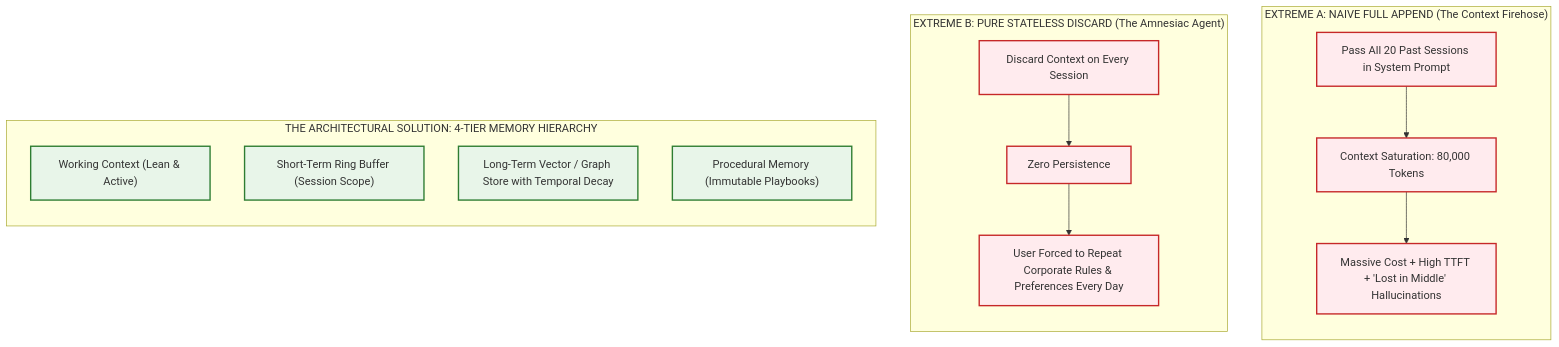
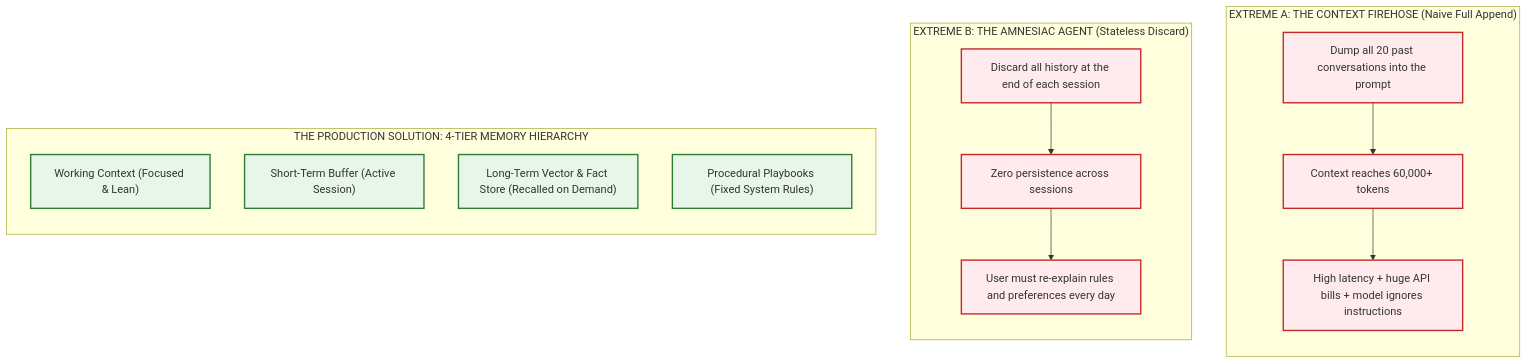
Before and after one commit to dip4k/senior-engineer-to-ai-engineer-roadmap: the first of 5 diagrams in 04-agentic-systems-and-orchestration/04-agent-memory-systems-and-cognitive-architectures.md, drawn with Mermaid. The commit also changed other lines of this file and 11 other files, not shown here.

````diff
--- a/04-agentic-systems-and-orchestration/04-agent-memory-systems-and-cognitive-architectures.md
+++ b/04-agentic-systems-and-orchestration/04-agent-memory-systems-and-cognitive-architectures.md
@@ -17,27 +17,27 @@
 ```mermaid
 flowchart TD
     classDef fail fill:#ffebee,stroke:#c62828,stroke-width:2px;
-    classDef opt fill:#e8f5e9,stroke:#2e7d32,stroke-width:2px;
+    classDef ok fill:#e8f5e9,stroke:#2e7d32,stroke-width:2px;
 
-    subgraph ExtremeA["EXTREME A: NAIVE FULL APPEND (The Context Firehose)"]
+    subgraph ExtremeA["EXTREME A: THE CONTEXT FIREHOSE (Naive Full Append)"]
         direction TB
-        EA1["Pass All 20 Past Sessions in System Prompt"]:::fail
-        --> EA2["Context Saturation: 80,000 Tokens"]:::fail
-        --> EA3["Massive Cost + High TTFT + 'Lost in Middle' Hallucinations"]:::fail
+        EA1["Dump all 20 past conversations into the prompt"]:::fail
+        --> EA2["Context reaches 60,000+ tokens"]:::fail
+        --> EA3["High latency + huge API bills + model ignores instructions"]:::fail
     end
 
-    subgraph ExtremeB["EXTREME B: PURE STATELESS DISCARD (The Amnesiac Agent)"]
+    subgraph ExtremeB["EXTREME B: THE AMNESIAC AGENT (Stateless Discard)"]
         direction TB
-        EB1["Discard Context on Every Session"]:::fail
-        --> EB2["Zero Persistence"]:::fail
-        --> EB3["User Forced to Repeat Corporate Rules & Preferences Every Day"]:::fail
+        EB1["Discard all history at the end of each session"]:::fail
+        --> EB2["Zero persistence across sessions"]:::fail
+        --> EB3["User must re-explain rules and preferences every day"]:::fail
     end
 
-    subgraph CognitiveTier["THE ARCHITECTURAL SOLUTION: 4-TIER MEMORY HIERARCHY"]
+    subgraph Balanced["THE PRODUCTION SOLUTION: 4-TIER MEMORY HIERARCHY"]
         direction TB
-        M1["Working Context (Lean & Active)"]:::opt
-        M2["Short-Term Ring Buffer (Session Scope)"]:::opt
-        M3["Long-Term Vector / Graph Store with Temporal Decay"]:::opt
-        M4["Procedural Memory (Immutable Playbooks)"]:::opt
+        M1["Working Context (Focused & Lean)"]:::ok
+        M2["Short-Term Buffer (Active Session)"]:::ok
+        M3["Long-Term Vector & Fact Store (Recalled on Demand)"]:::ok
+        M4["Procedural Playbooks (Fixed System Rules)"]:::ok
     end
 ```
````
